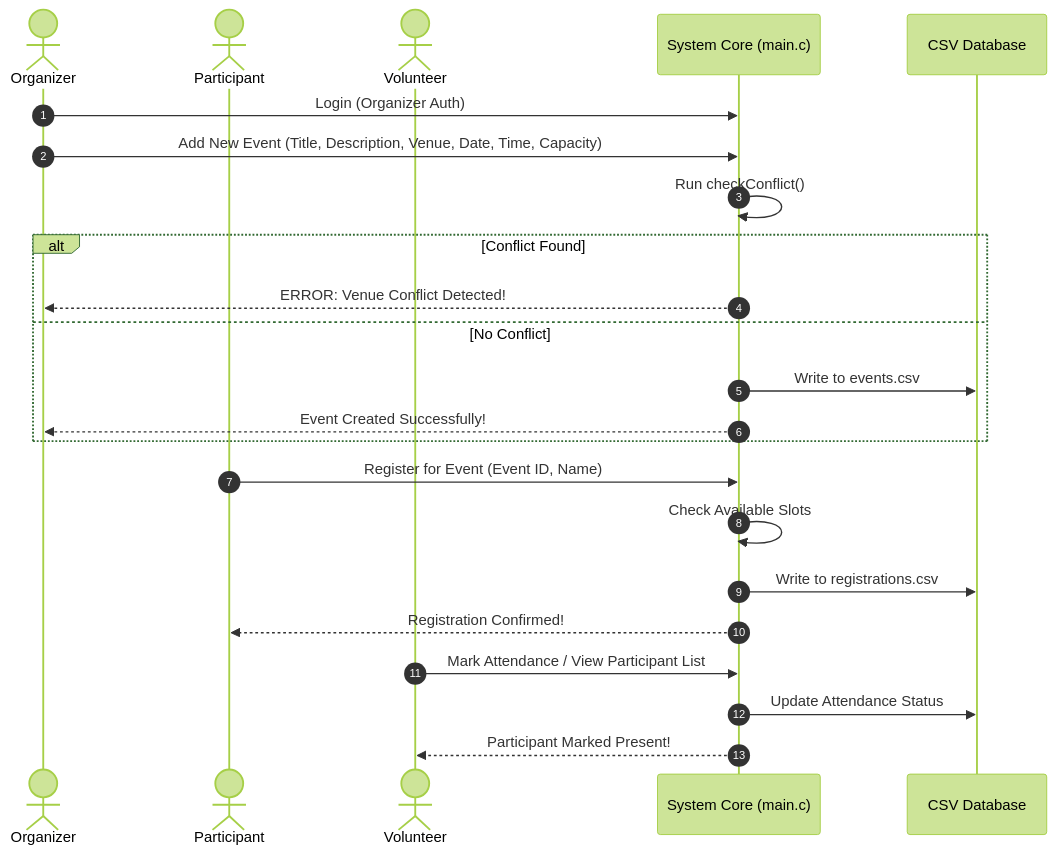
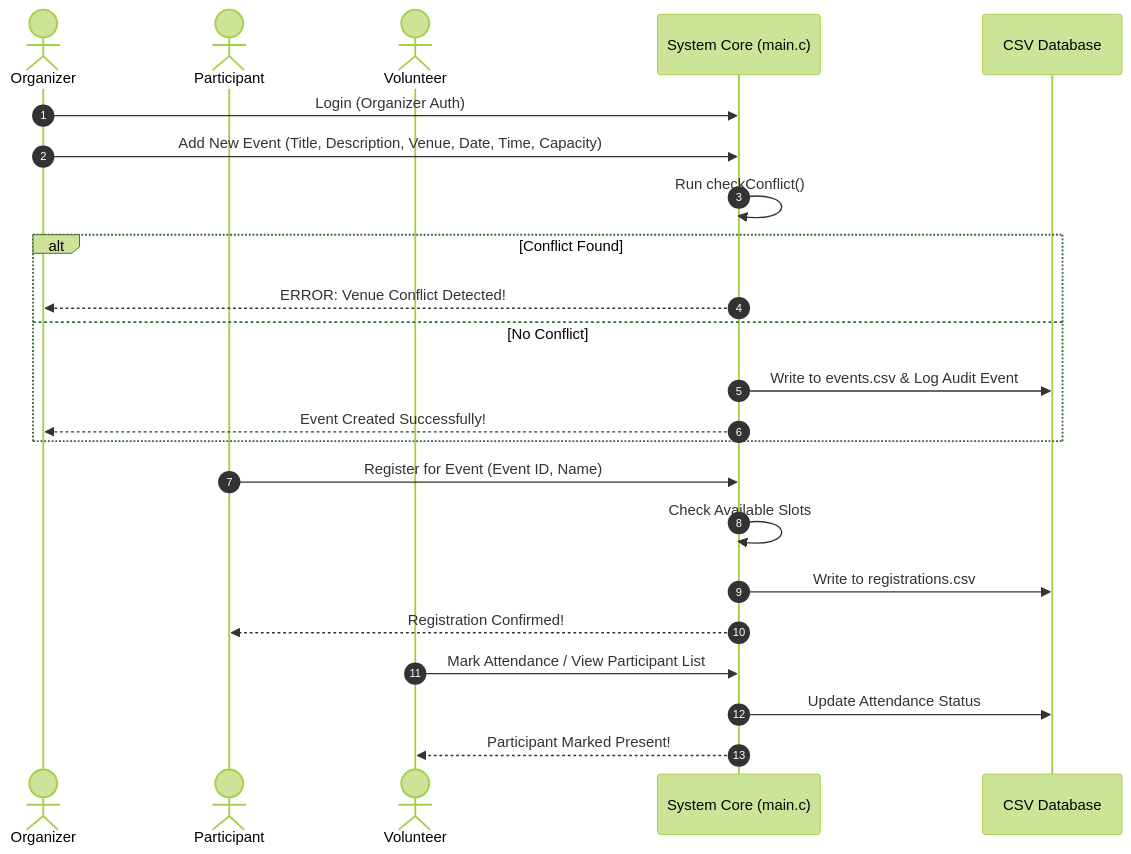
One commit to pratikbarua-dev/capstone_DIU_Event_Management changed the second of 2 diagrams in README.md. Above: the diagram before and after it, drawn with Mermaid (forest theme). The commit also changed other lines of this file and 2 other files, not shown here.

Commit message:
Pratik - "Implemented venue directory for Ayshi, audit logging & report exporting for Moshiur, and updated README department"

````diff
--- a/README.md
+++ b/README.md
@@ -83,28 +88,28 @@
 ```mermaid
 sequenceDiagram
     autonumber
     actor Org as Organizer
     actor Part as Participant
     actor Vol as Volunteer
     participant Core as System Core (main.c)
     participant DB as CSV Database
 
     Org->>Core: Login (Organizer Auth)
     Org->>Core: Add New Event (Title, Description, Venue, Date, Time, Capacity)
     Core->>Core: Run checkConflict()
     alt Conflict Found
         Core-->>Org: ERROR: Venue Conflict Detected!
     else No Conflict
-        Core->>DB: Write to events.csv
+        Core->>DB: Write to events.csv & Log Audit Event
         Core-->>Org: Event Created Successfully!
     end
 
     Part->>Core: Register for Event (Event ID, Name)
     Core->>Core: Check Available Slots
     Core->>DB: Write to registrations.csv
     Core-->>Part: Registration Confirmed!
 
     Vol->>Core: Mark Attendance / View Participant List
     Core->>DB: Update Attendance Status
     Core-->>Vol: Participant Marked Present!
 ```
````
